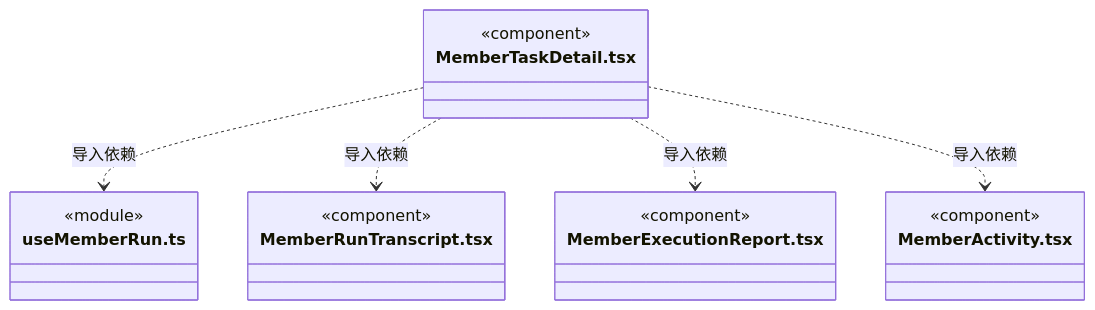
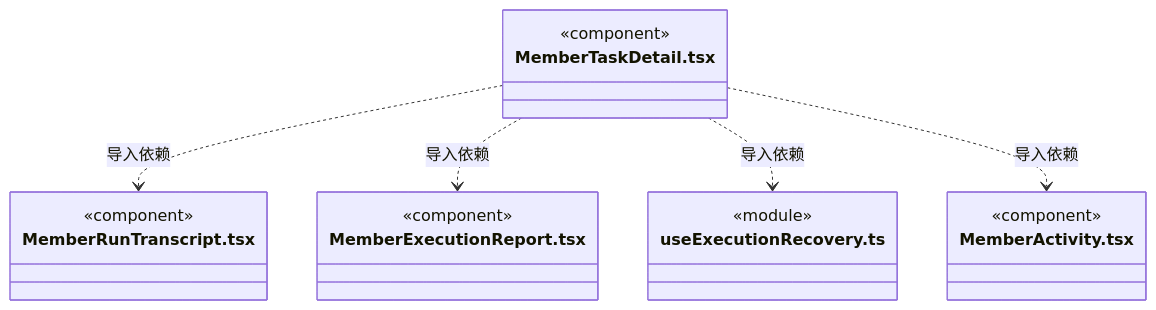
One commit to nan023062/cbim changed diagram 47 of 54 in src/frontend/tasks/ARCHITECTURE.md. Above: the diagram before and after it, drawn with Mermaid. The commit also changed other lines of this file and 65 other files, not shown here.

````diff
--- a/src/frontend/tasks/ARCHITECTURE.md
+++ b/src/frontend/tasks/ARCHITECTURE.md
@@ -766,22 +981,22 @@
 ```mermaid
 classDiagram
 class N_src_frontend_tasks_MemberTaskDetail_tsx["MemberTaskDetail.tsx"] {
   <<component>>
-}
-class N_src_frontend_tasks_useMemberRun_ts["useMemberRun.ts"] {
-  <<module>>
 }
 class N_src_frontend_tasks_MemberRunTranscript_tsx["MemberRunTranscript.tsx"] {
   <<component>>
 }
 class N_src_frontend_tasks_MemberExecutionReport_tsx["MemberExecutionReport.tsx"] {
   <<component>>
 }
+class N_src_frontend_tasks_useExecutionRecovery_ts["useExecutionRecovery.ts"] {
+  <<module>>
+}
 class N_src_frontend_tasks_MemberActivity_tsx["MemberActivity.tsx"] {
   <<component>>
 }
-N_src_frontend_tasks_MemberTaskDetail_tsx ..> N_src_frontend_tasks_useMemberRun_ts : 导入依赖
 N_src_frontend_tasks_MemberTaskDetail_tsx ..> N_src_frontend_tasks_MemberRunTranscript_tsx : 导入依赖
 N_src_frontend_tasks_MemberTaskDetail_tsx ..> N_src_frontend_tasks_MemberExecutionReport_tsx : 导入依赖
+N_src_frontend_tasks_MemberTaskDetail_tsx ..> N_src_frontend_tasks_useExecutionRecovery_ts : 导入依赖
 N_src_frontend_tasks_MemberTaskDetail_tsx ..> N_src_frontend_tasks_MemberActivity_tsx : 导入依赖
 ```
````
